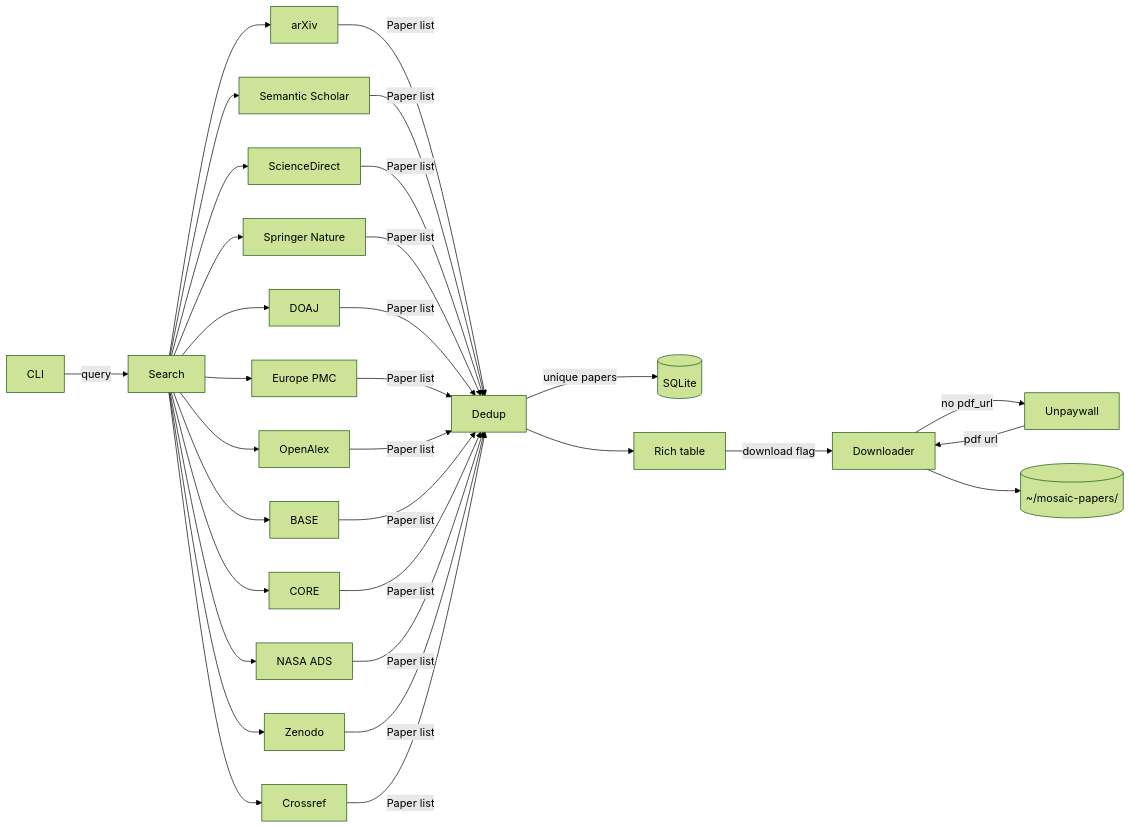
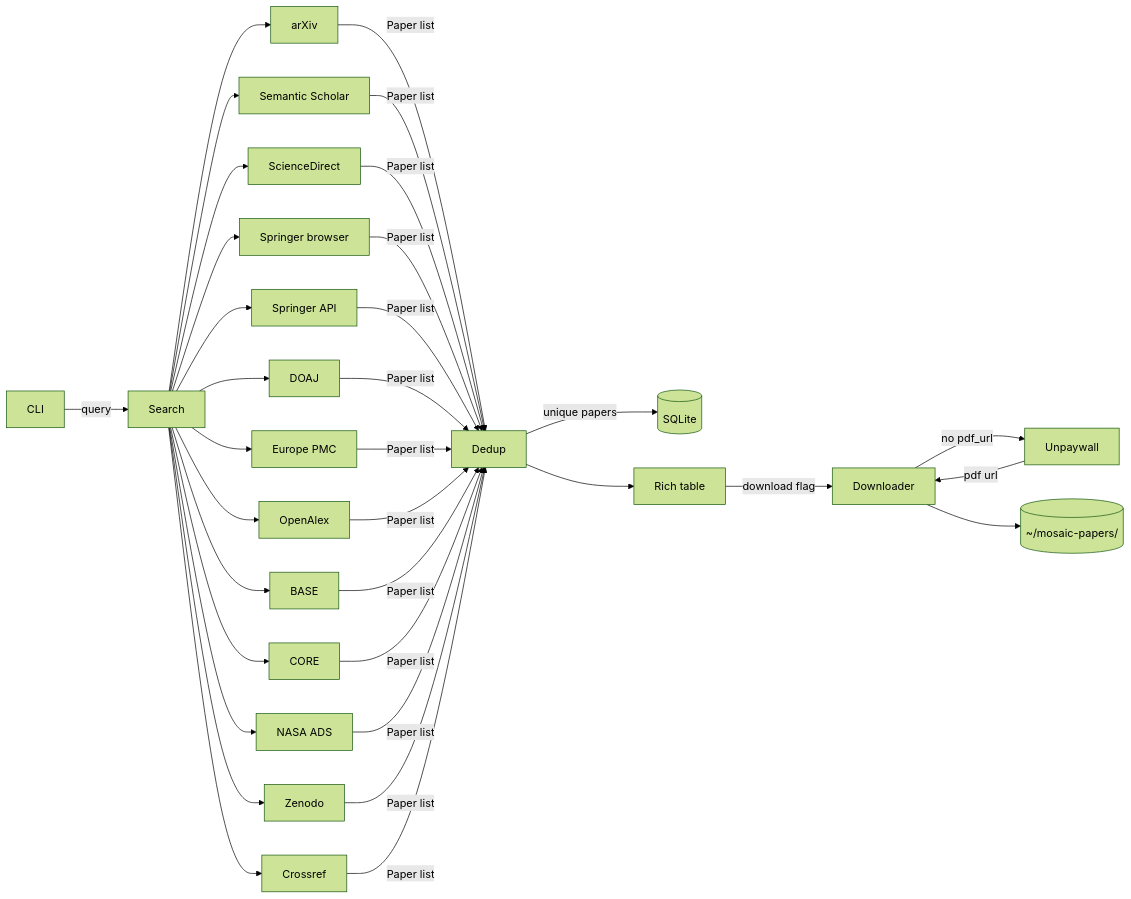
Before and after one commit to szaghi/mosaic: the diagram in docs/index.md, drawn with Mermaid (forest theme). The commit also changed other lines of this file and 11 other files, not shown here.

First line of the commit message:
feat(sources): add Springer Nature Open Access API source

````diff
--- a/docs/index.md
+++ b/docs/index.md
@@ -57,12 +57,12 @@
 ```mermaid
 flowchart LR
     CLI -->|query| Search
-    Search --> arXiv & SS[Semantic Scholar] & SD[ScienceDirect] & SP[Springer Nature] & DOAJ & EPMC[Europe PMC] & OA[OpenAlex] & BASE & CORE & ADS[NASA ADS] & ZEN[Zenodo] & CR[Crossref]
-    arXiv & SS & SD & SP & DOAJ & EPMC & OA & BASE & CORE & ADS & ZEN & CR -->|Paper list| Dedup
+    Search --> arXiv & SS[Semantic Scholar] & SD[ScienceDirect] & SP[Springer browser] & SPN[Springer API] & DOAJ & EPMC[Europe PMC] & OA[OpenAlex] & BASE & CORE & ADS[NASA ADS] & ZEN[Zenodo] & CR[Crossref]
+    arXiv & SS & SD & SP & SPN & DOAJ & EPMC & OA & BASE & CORE & ADS & ZEN & CR -->|Paper list| Dedup
     Dedup -->|unique papers| Cache[(SQLite)]
     Dedup --> Table[Rich table]
     Table -->|download flag| DL[Downloader]
     DL -->|no pdf_url| UPW[Unpaywall]
     UPW -->|pdf url| DL
     DL --> Disk[(~/mosaic-papers/)]
 ```
````
